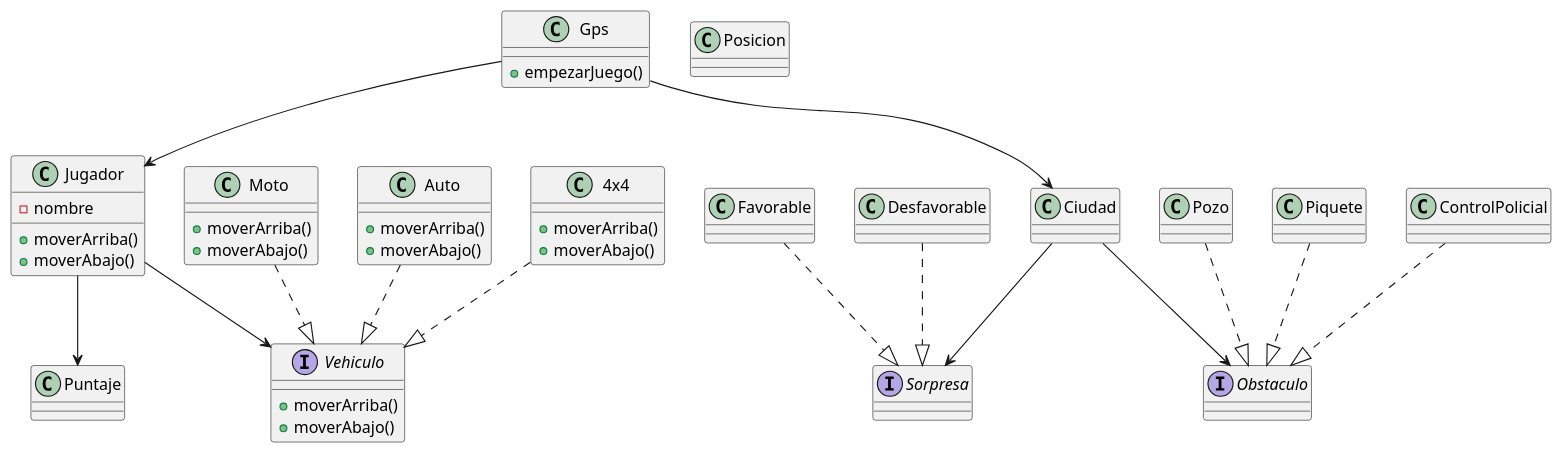
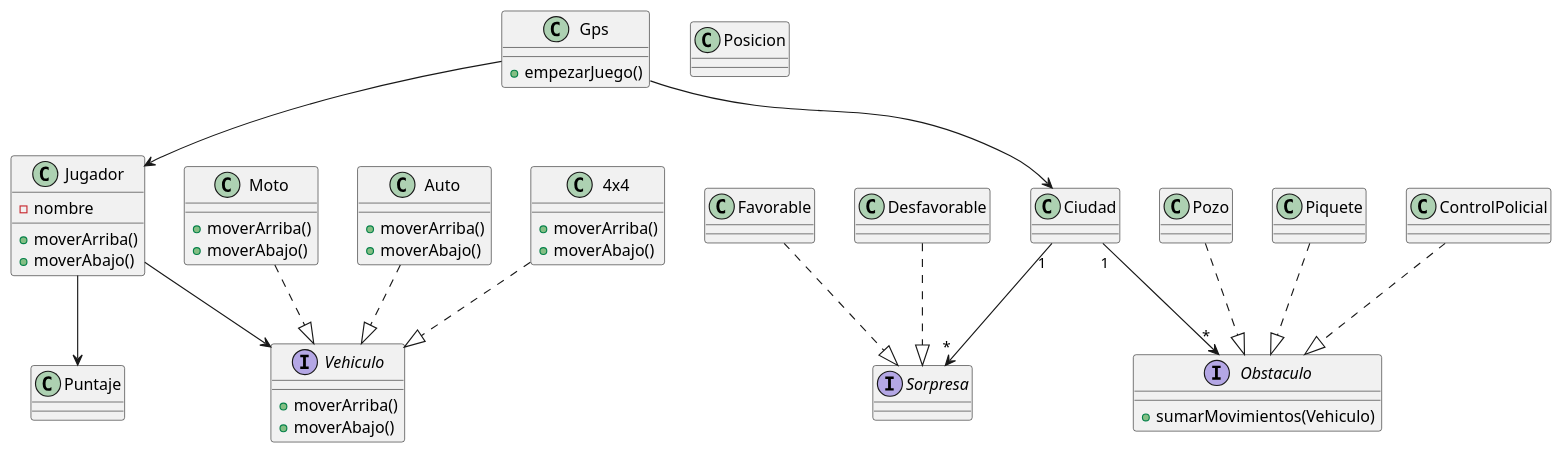
One commit to Fanusaez/algo3_tp2_2022 changed the diagram in diagrams/Entrega0/DiagramaDeClases.puml. Above: the diagram before and after it, drawn with PlantUML.

Commit message:
DIagrama de clases actualizado

```diff
--- a/diagrams/Entrega0/DiagramaDeClases.puml
+++ b/diagrams/Entrega0/DiagramaDeClases.puml
@@ -1,77 +1,81 @@
 @startuml
 'https://plantuml.com/class-diagram
 
 class Gps{
     + empezarJuego()
 }
 
 class Jugador{
     - nombre
 
     + moverArriba()
     + moverAbajo()
 }
 
 interface Vehiculo{
     + moverArriba()
     + moverAbajo()
 }
 
 class Moto{
     + moverArriba()
     + moverAbajo()
 }
 class Auto{
     + moverArriba()
     + moverAbajo()
 }
 
 class 4x4{
     + moverArriba()
     + moverAbajo()
 }
 
 class Ciudad{
 
 }
 
 interface Sorpresa{
 }
 
 class Favorable{}
 
 class Desfavorable{}
 
 interface Obstaculo{
+    + sumarMovimientos(Vehiculo)
 }
 
 class Pozo{}
 
 class Piquete{}
 
 class ControlPolicial{}
 
 class Posicion{
 
 }
 
 class Puntaje{
 }
 Moto ..|> Vehiculo
 Auto ..|> Vehiculo
 4x4 ..|> Vehiculo
 Gps --> Jugador
 Gps --> Ciudad
-Ciudad --> Obstaculo
+Ciudad "1"--> "*" Obstaculo
 Pozo ..|> Obstaculo
 Piquete ..|> Obstaculo
 ControlPolicial ..|> Obstaculo
-Ciudad --> Sorpresa
+Ciudad "1" --> "*" Sorpresa
 Favorable ..|> Sorpresa
 Desfavorable ..|> Sorpresa
 Jugador --> Vehiculo
 Jugador --> Puntaje
 
 
 
+
+
+
 @enduml
```
